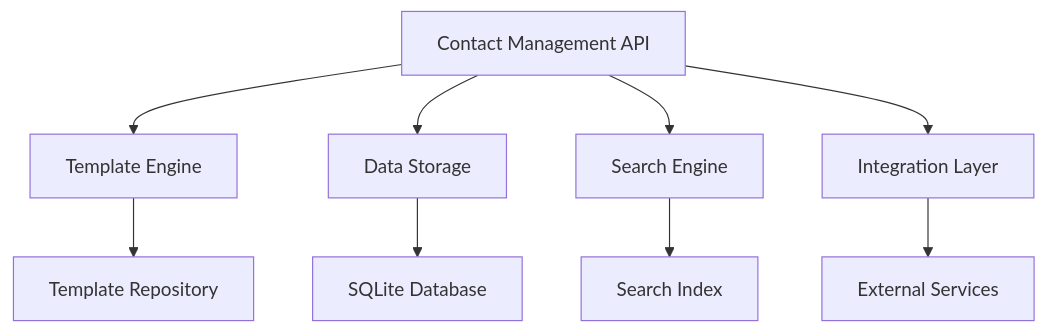
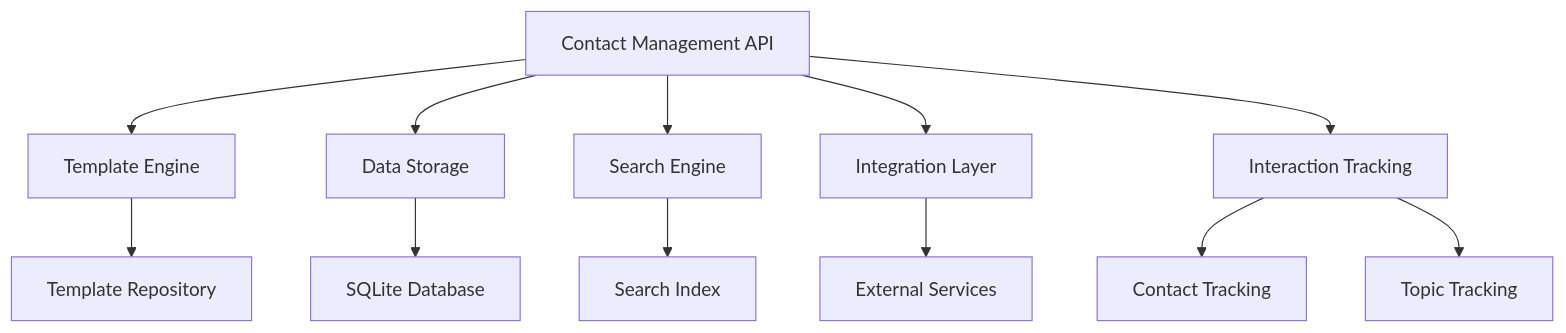
The first of 4 diagrams in docs/brd/modules/contact_management/technical/architecture.md (axjasf/NeverEatAlone), drawn with Mermaid before and after one commit. The commit also changed other lines of this file and 3 other files, not shown here.

Commit message:
docs: update contact management documentation for improved interaction tracking

````diff
--- a/docs/brd/modules/contact_management/technical/architecture.md
+++ b/docs/brd/modules/contact_management/technical/architecture.md
@@ -6,11 +6,14 @@
 ```mermaid
 graph TD
     A[Contact Management API] --> B[Template Engine]
     A --> C[Data Storage]
     A --> D[Search Engine]
     A --> E[Integration Layer]
-    B --> F[Template Repository]
-    C --> G[SQLite Database]
-    D --> H[Search Index]
-    E --> I[External Services]
+    A --> F[Interaction Tracking]
+    B --> G[Template Repository]
+    C --> H[SQLite Database]
+    D --> I[Search Index]
+    E --> J[External Services]
+    F --> K[Contact Tracking]
+    F --> L[Topic Tracking]
 ```
````
